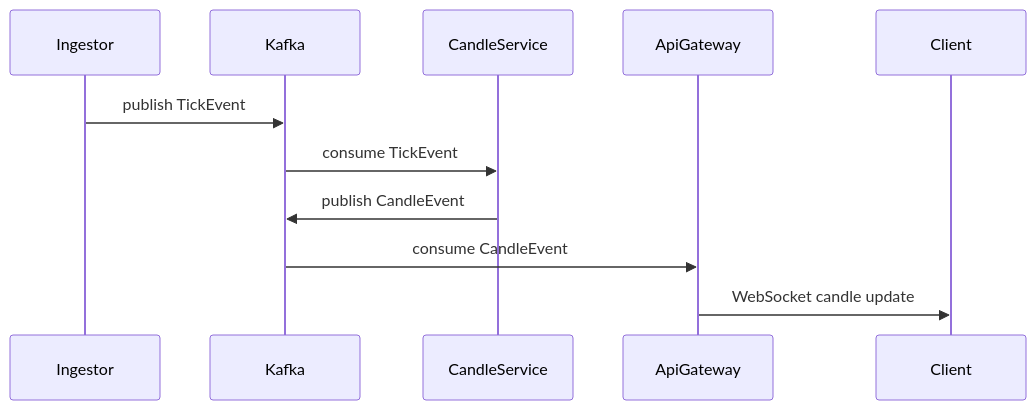
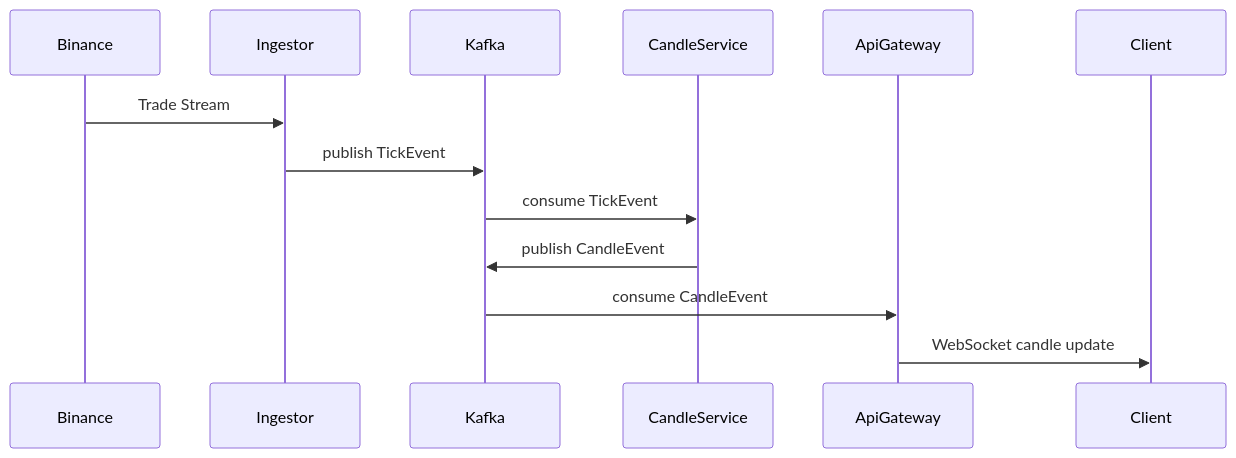
The second of 2 diagrams in README.md (jhpark0418/mini-crypto-wts), drawn with Mermaid before and after one commit. The commit also changed other lines of this file, not shown here.

````diff
--- a/README.md
+++ b/README.md
@@ -39,15 +46,19 @@
 ```mermaid
 sequenceDiagram
 
+participant Binance
 participant Ingestor
 participant Kafka
 participant CandleService
 participant ApiGateway
 participant Client
 
+Binance->>Ingestor: Trade Stream
 Ingestor->>Kafka: publish TickEvent
+
 Kafka->>CandleService: consume TickEvent
 CandleService->>Kafka: publish CandleEvent
+
 Kafka->>ApiGateway: consume CandleEvent
 ApiGateway->>Client: WebSocket candle update
 ```
````
